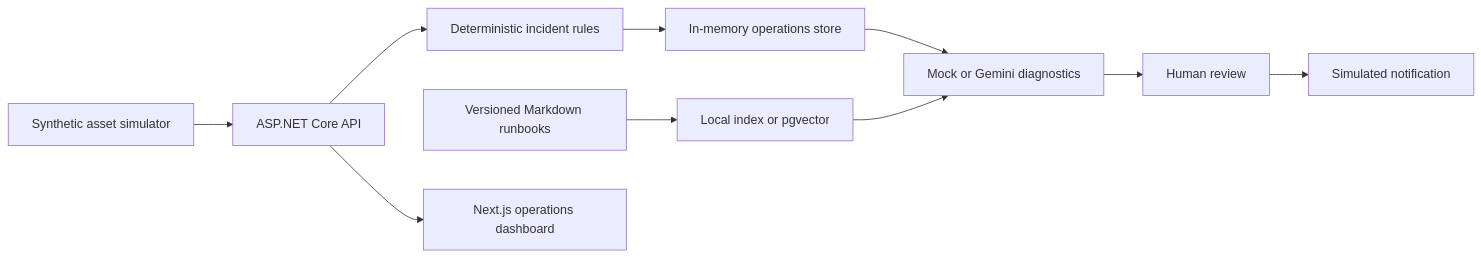
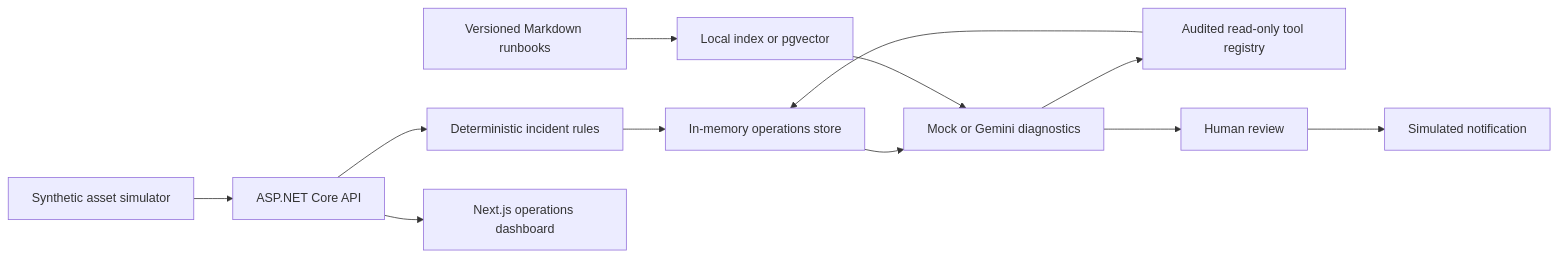
The diagram in README.md (engmarconi/connected-operations-copilot), drawn with Mermaid before and after one commit. The commit also changed other lines of this file and 3 other files, not shown here.

````diff
--- a/README.md
+++ b/README.md
@@ -35,12 +35,14 @@
 ```mermaid
 flowchart LR
     Simulator[Synthetic asset simulator] --> API[ASP.NET Core API]
     API --> Rules[Deterministic incident rules]
     Rules --> Store[In-memory operations store]
     Store --> Diagnostic[Mock or Gemini diagnostics]
     Runbooks[Versioned Markdown runbooks] --> Retrieval[Local index or pgvector]
     Retrieval --> Diagnostic
+    Diagnostic --> Tools[Audited read-only tool registry]
+    Tools --> Store
     Diagnostic --> Review[Human review]
     Review --> Action[Simulated notification]
     API --> Web[Next.js operations dashboard]
 ```
````
